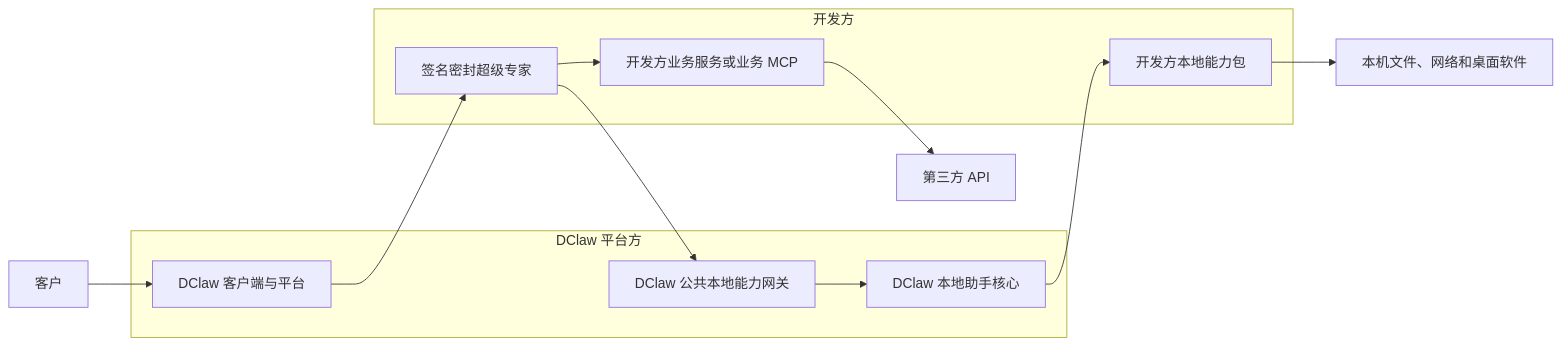
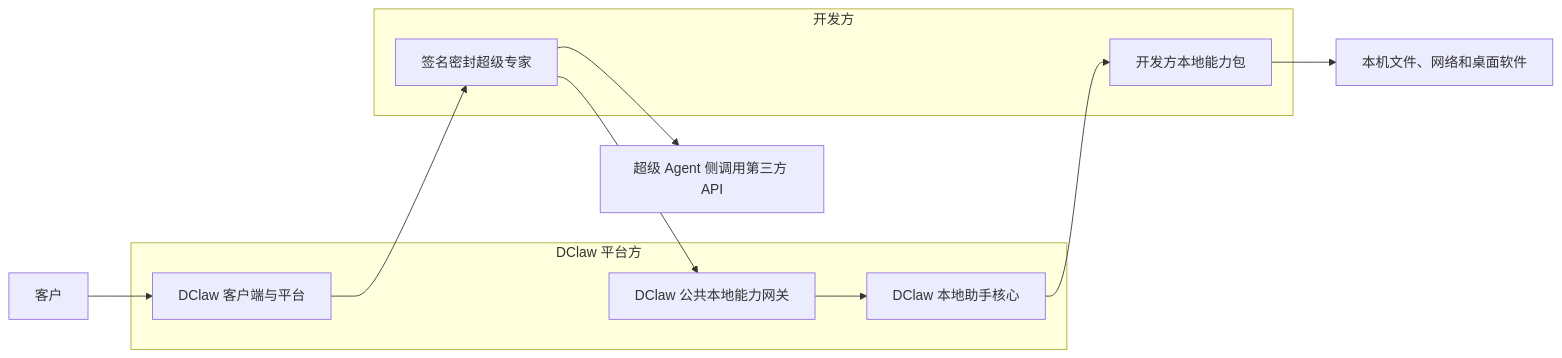
The first of 4 diagrams in docs/super-agent-development-standard-v1.zh-CN.md (51taichi/dclaw-platform), drawn with Mermaid before and after one commit. The commit also changed other lines of this file, not shown here.

Commit message:
docs: keep third-party calls agent-side

````diff
--- a/docs/super-agent-development-standard-v1.zh-CN.md
+++ b/docs/super-agent-development-standard-v1.zh-CN.md
@@ -74,23 +74,21 @@
 ```mermaid
 flowchart LR
     U[客户] --> D[DClaw 客户端与平台]
     D --> E[签名密封超级专家]
-    E --> B[开发方业务服务或业务 MCP]
-    B --> X[第三方 API]
+    E --> X[超级 Agent 侧调用第三方 API]
     E --> G[DClaw 公共本地能力网关]
     G --> R[DClaw 本地助手核心]
     R --> P[开发方本地能力包]
     P --> L[本机文件、网络和桌面软件]
 
     subgraph PO[DClaw 平台方]
       D
       G
       R
     end
 
     subgraph DO[开发方]
       E
-      B
       P
     end
 ```
````
